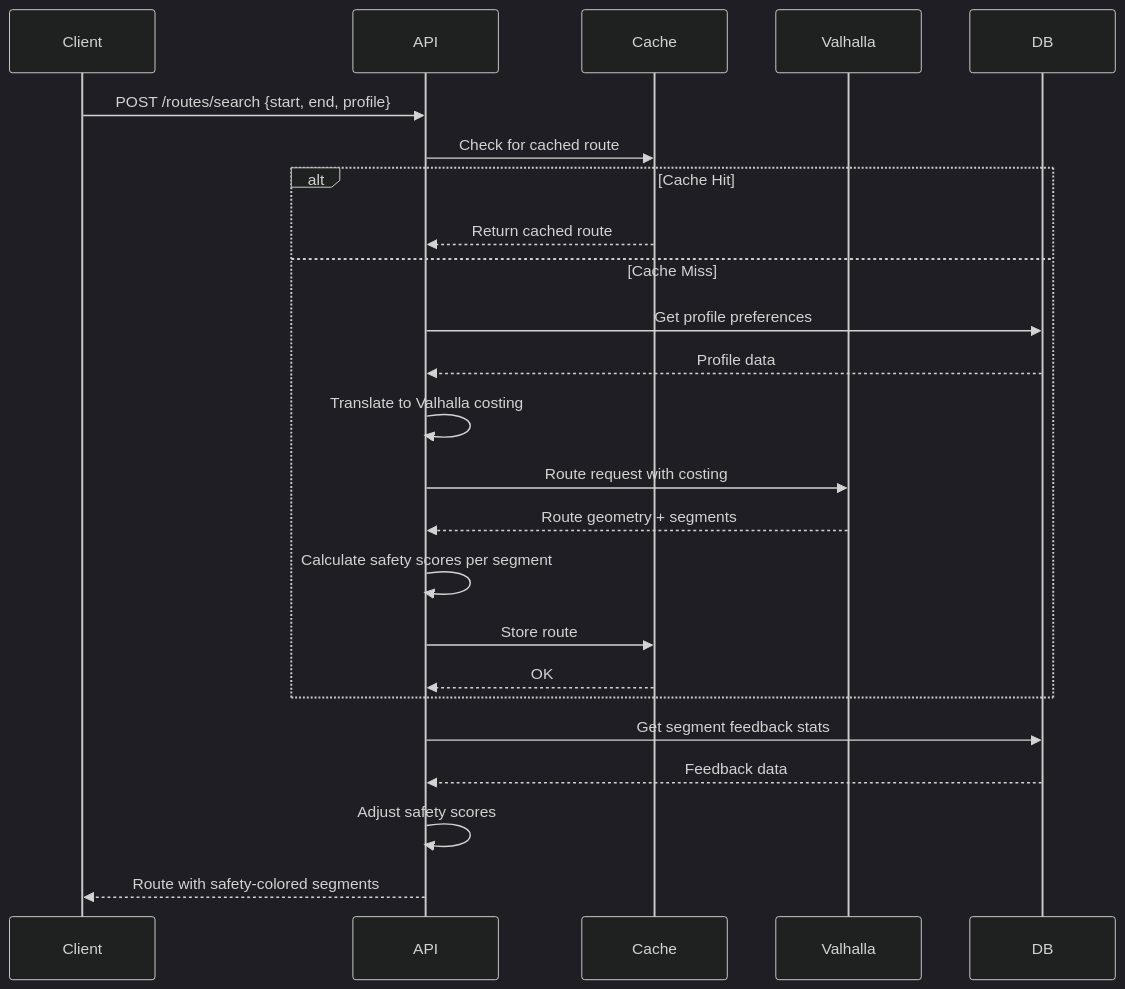
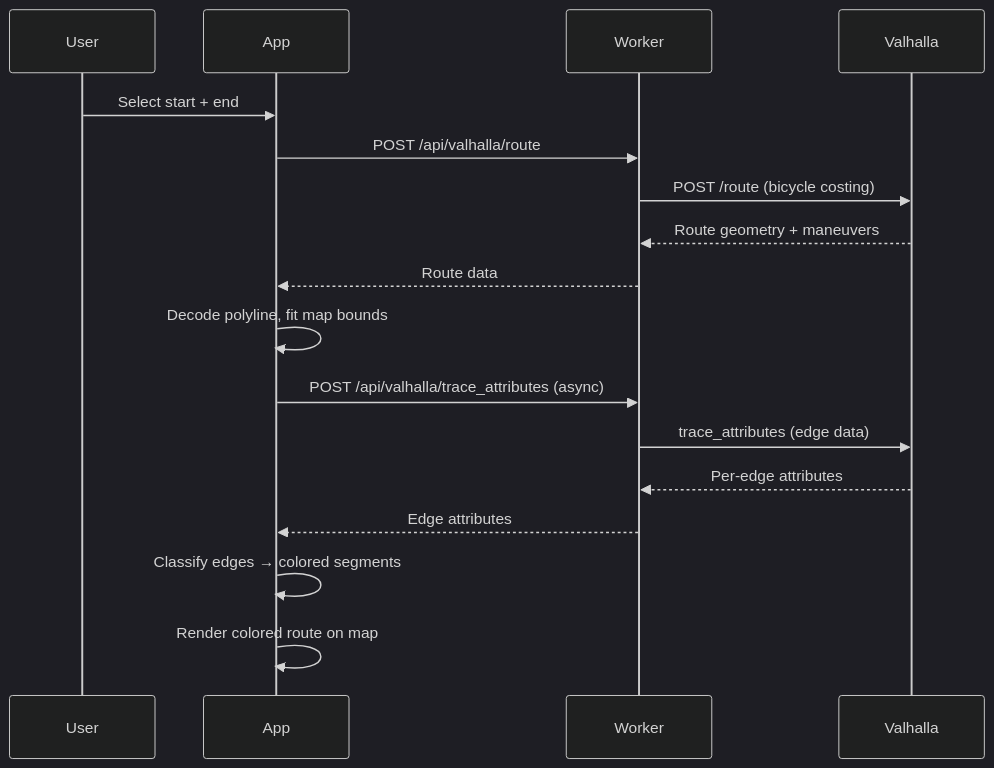
Before and after one commit to fryanpan/family-bike-map: the second of 2 diagrams in docs/product/architecture.md, drawn with Mermaid (dark theme). The commit also changed other lines of this file and 13 other files, not shown here.

First line of the commit message:
feat(BC-253): route auto-fit, 'Bike Route Planner' title, cobblestone avoidance, 'bad' safety class rename (#26)

````diff
--- a/docs/product/architecture.md
+++ b/docs/product/architecture.md
@@ -189,27 +101,20 @@
 ```mermaid
 sequenceDiagram
-    participant Client
-    participant API
-    participant Cache
+    participant User
+    participant App
+    participant Worker
     participant Valhalla
-    participant DB
 
-    Client->>API: POST /routes/search {start, end, profile}
-    API->>Cache: Check for cached route
-    alt Cache Hit
-        Cache-->>API: Return cached route
-    else Cache Miss
-        API->>DB: Get profile preferences
-        DB-->>API: Profile data
-        API->>API: Translate to Valhalla costing
-        API->>Valhalla: Route request with costing
-        Valhalla-->>API: Route geometry + segments
-        API->>API: Calculate safety scores per segment
-        API->>Cache: Store route
-        Cache-->>API: OK
-    end
-    API->>DB: Get segment feedback stats
-    DB-->>API: Feedback data
-    API->>API: Adjust safety scores
-    API-->>Client: Route with safety-colored segments
+    User->>App: Select start + end
+    App->>Worker: POST /api/valhalla/route
+    Worker->>Valhalla: POST /route (bicycle costing)
+    Valhalla-->>Worker: Route geometry + maneuvers
+    Worker-->>App: Route data
+    App->>App: Decode polyline, fit map bounds
+    App->>Worker: POST /api/valhalla/trace_attributes (async)
+    Worker->>Valhalla: trace_attributes (edge data)
+    Valhalla-->>Worker: Per-edge attributes
+    Worker-->>App: Edge attributes
+    App->>App: Classify edges → colored segments
+    App->>App: Render colored route on map
 ```
````
